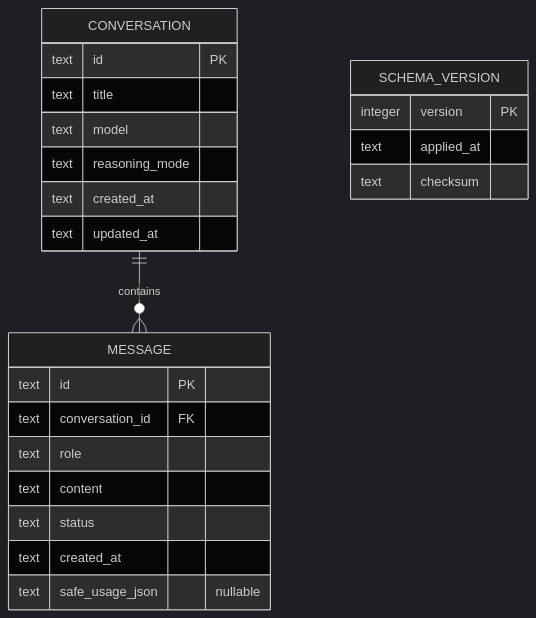
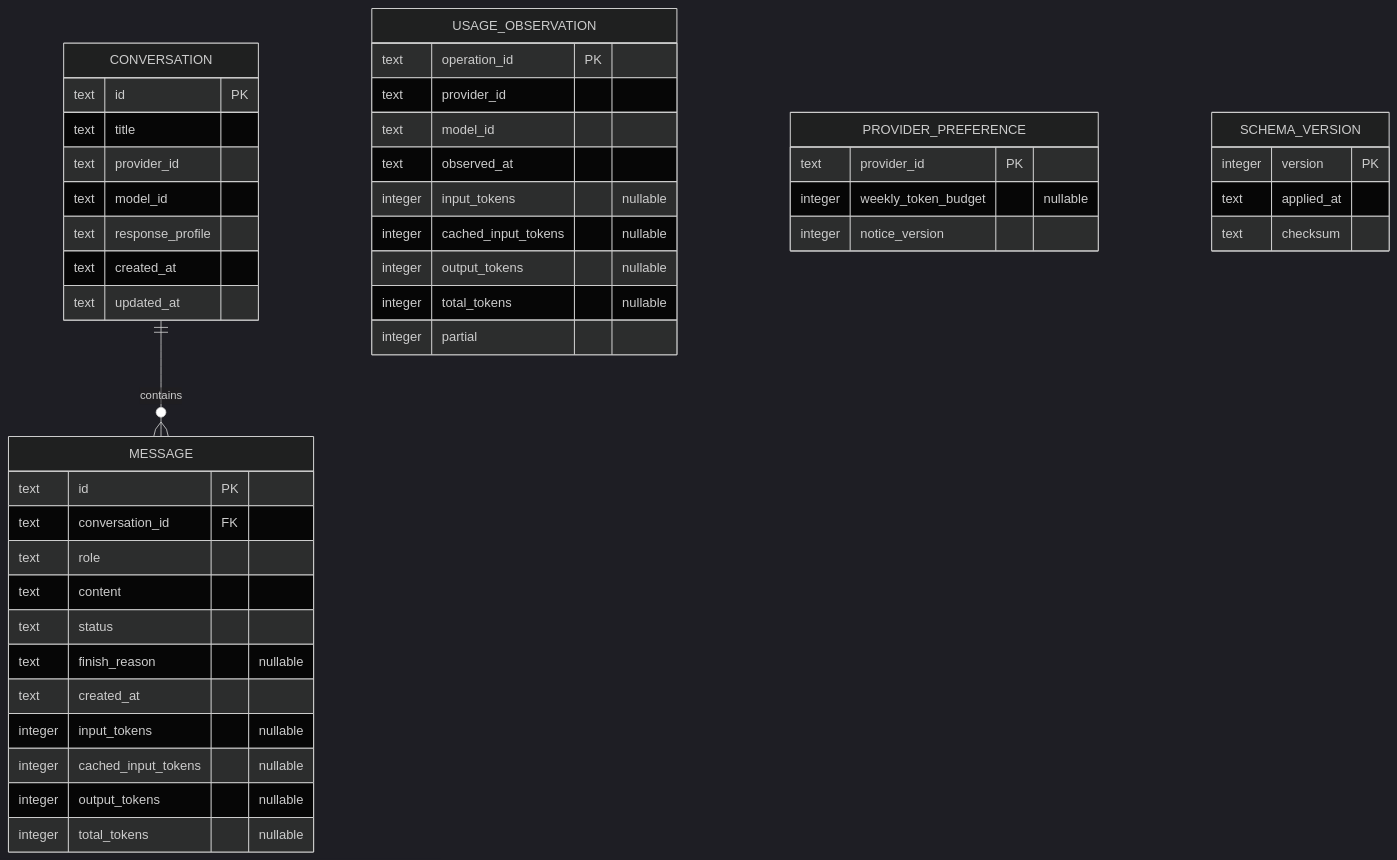
The third of 3 diagrams in docs/architecture.md (renenehru/aster-desktop), drawn with Mermaid (dark theme) before and after one commit. The commit also changed other lines of this file and 32 other files, not shown here.

````diff
--- a/docs/architecture.md
+++ b/docs/architecture.md
@@ -250,26 +206,47 @@
 ```mermaid
 erDiagram
     CONVERSATION ||--o{ MESSAGE : contains
     CONVERSATION {
         text id PK
         text title
-        text model
-        text reasoning_mode
+        text provider_id
+        text model_id
+        text response_profile
         text created_at
         text updated_at
     }
     MESSAGE {
         text id PK
         text conversation_id FK
         text role
         text content
         text status
+        text finish_reason "nullable"
         text created_at
-        text safe_usage_json "nullable"
+        integer input_tokens "nullable"
+        integer cached_input_tokens "nullable"
+        integer output_tokens "nullable"
+        integer total_tokens "nullable"
+    }
+    USAGE_OBSERVATION {
+        text operation_id PK
+        text provider_id
+        text model_id
+        text observed_at
+        integer input_tokens "nullable"
+        integer cached_input_tokens "nullable"
+        integer output_tokens "nullable"
+        integer total_tokens "nullable"
+        integer partial
+    }
+    PROVIDER_PREFERENCE {
+        text provider_id PK
+        integer weekly_token_budget "nullable"
+        integer notice_version
     }
     SCHEMA_VERSION {
         integer version PK
         text applied_at
         text checksum
     }
 ```
````
